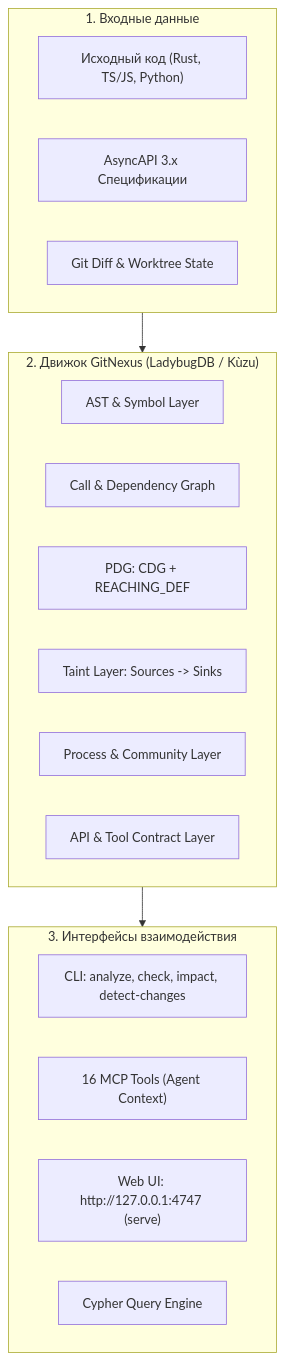
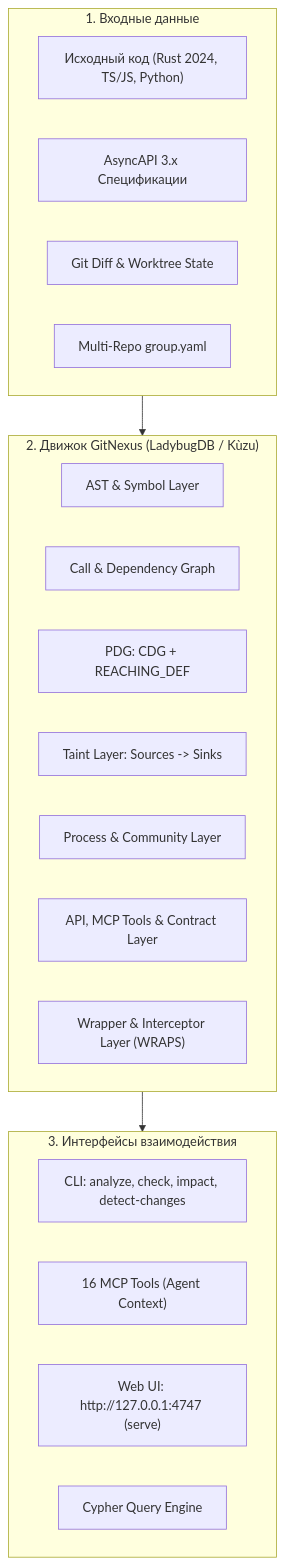
One commit to RusTokRs/RusTok changed the diagram in docs/standards/gitnexus-capabilities-reference.md. Above: the diagram before and after it, drawn with Mermaid. The commit also changed other lines of this file and 15 other files, not shown here.

````diff
--- a/docs/standards/gitnexus-capabilities-reference.md
+++ b/docs/standards/gitnexus-capabilities-reference.md
@@ -11,27 +11,29 @@
 ```mermaid
 flowchart TD
     subgraph Ingestion ["1. Входные данные"]
-        Code["Исходный код (Rust, TS/JS, Python)"]
+        Code["Исходный код (Rust 2024, TS/JS, Python)"]
         AsyncAPI["AsyncAPI 3.x Спецификации"]
         Diff["Git Diff & Worktree State"]
+        Groups["Multi-Repo group.yaml"]
     end
 
     subgraph Engine ["2. Движок GitNexus (LadybugDB / Kùzu)"]
         AST["AST & Symbol Layer"]
         CallGraph["Call & Dependency Graph"]
         PDG["PDG: CDG + REACHING_DEF"]
         Taint["Taint Layer: Sources -> Sinks"]
         ProcessGraph["Process & Community Layer"]
-        ContractGraph["API & Tool Contract Layer"]
+        ContractGraph["API, MCP Tools & Contract Layer"]
+        MiddlewareGraph["Wrapper & Interceptor Layer (WRAPS)"]
     end
 
     subgraph Interfaces ["3. Интерфейсы взаимодействия"]
         CLI["CLI: analyze, check, impact, detect-changes"]
         MCP["16 MCP Tools (Agent Context)"]
         WebUI["Web UI: http://127.0.0.1:4747 (serve)"]
         Cypher["Cypher Query Engine"]
     end
 
     Ingestion --> Engine
     Engine --> Interfaces
 ```
````
